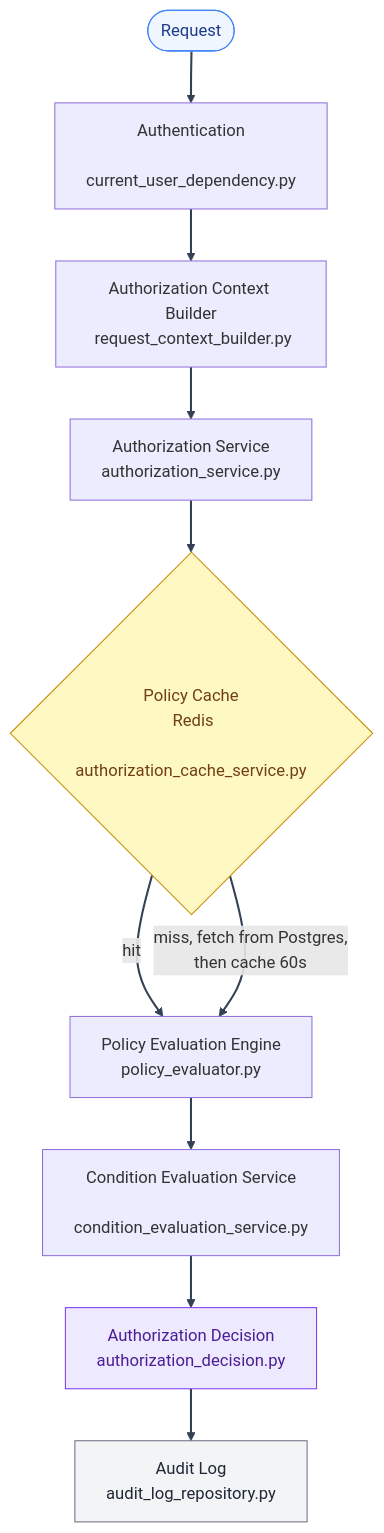
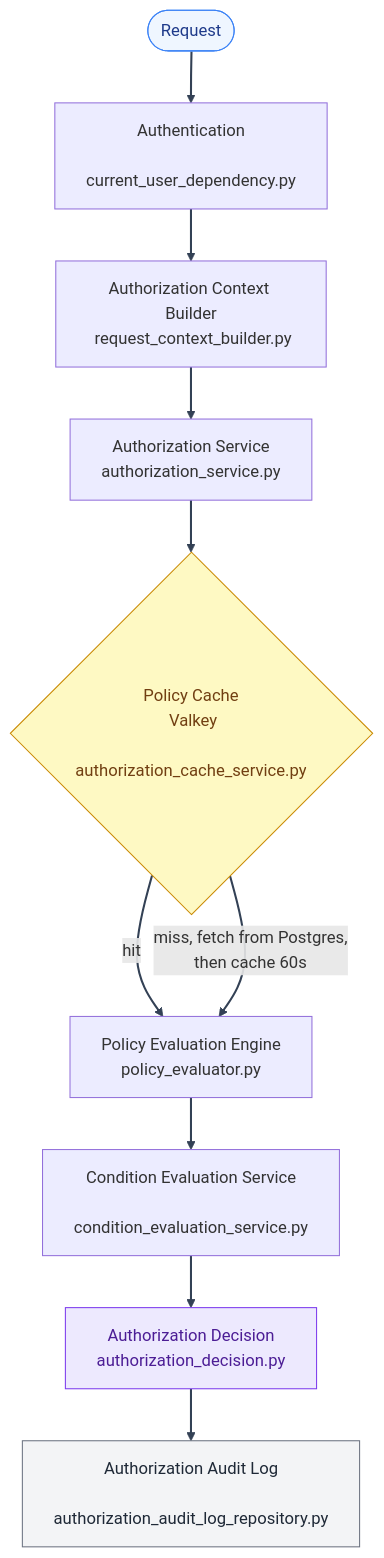
Before and after one commit to Nachiket-2024/mystic-auth: the diagram in docs/mystic_auth/authorization/architecture/README.md, drawn with Mermaid. The commit also changed other lines of this file and 905 other files, not shown here.

First line of the commit message:
Replaced Chakra UI with shadcn/Radix, migrated Redis to Valkey, revamped UI/UX

````diff
--- a/docs/mystic_auth/authorization/architecture/README.md
+++ b/docs/mystic_auth/authorization/architecture/README.md
@@ -7,26 +7,26 @@
 ```mermaid
 %%{init: {"themeVariables": {"lineColor": "#334155"}} }%%
 flowchart TD
     Request(["Request"])
     Auth["Authentication\n current_user_dependency.py"]
     Ctx["Authorization Context Builder\n request_context_builder.py"]
     Svc["Authorization Service\n authorization_service.py"]
-    Cache{"Policy Cache\n Redis\n authorization_cache_service.py"}
+    Cache{"Policy Cache\n Valkey\n authorization_cache_service.py"}
     Eng["Policy Evaluation Engine\n policy_evaluator.py"]
     Cond["Condition Evaluation Service\n condition_evaluation_service.py"]
     Dec["Authorization Decision\n authorization_decision.py"]
-    Log["Audit Log\n audit_log_repository.py"]
+    Log["Authorization Audit Log\n authorization_audit_log_repository.py"]
     Request --> Auth --> Ctx --> Svc --> Cache
     Cache -- "hit" --> Eng
     Cache -- "miss, fetch from Postgres,\n then cache 60s" --> Eng
     Eng --> Cond --> Dec --> Log
     classDef entry fill:#eff6ff,stroke:#3b82f6,color:#1e3a8a
     classDef cache fill:#fef9c3,stroke:#ca8a04,color:#713f12
     classDef decision fill:#ede9fe,stroke:#7c3aed,color:#4c1d95
     classDef terminal fill:#f3f4f6,stroke:#6b7280,color:#1f2937
     class Request entry
     class Cache cache
     class Dec decision
     class Log terminal
     linkStyle default stroke:#334155,stroke-width:2px
 ```
````
